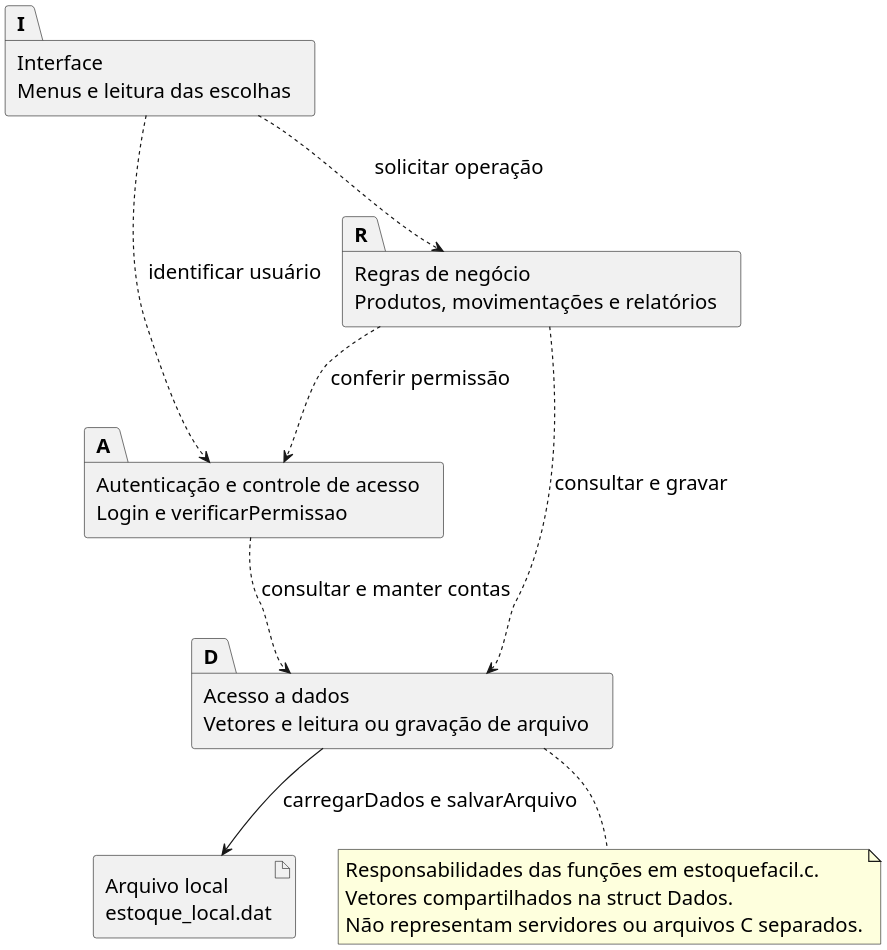
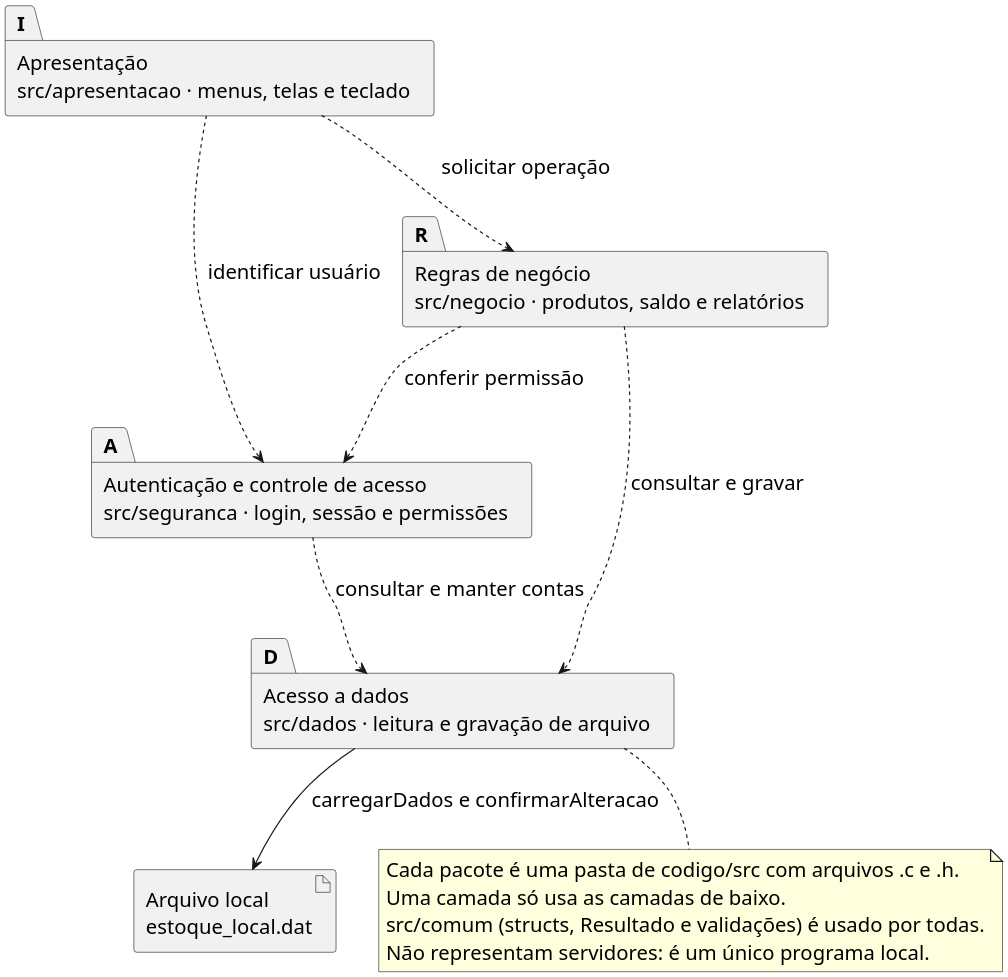
Before and after one commit to Fontesvini/EstoqueFacil_PIM-II: the diagram in diagramas/fontes/06_pacotes.puml, drawn with PlantUML. The commit also changed 15 other files, not shown here.

```diff
--- a/diagramas/fontes/06_pacotes.puml
+++ b/diagramas/fontes/06_pacotes.puml
@@ -1,24 +1,25 @@
 @startuml
 skinparam backgroundColor white
 skinparam shadowing false
 skinparam defaultFontName Arial
 skinparam defaultFontSize 17
 skinparam dpi 220
 top to bottom direction
-package "Interface\nMenus e leitura das escolhas" as I
-package "Autenticação e controle de acesso\nLogin e verificarPermissao" as A
-package "Regras de negócio\nProdutos, movimentações e relatórios" as R
-package "Acesso a dados\nVetores e leitura ou gravação de arquivo" as D
+package "Apresentação\nsrc/apresentacao · menus, telas e teclado" as I
+package "Autenticação e controle de acesso\nsrc/seguranca · login, sessão e permissões" as A
+package "Regras de negócio\nsrc/negocio · produtos, saldo e relatórios" as R
+package "Acesso a dados\nsrc/dados · leitura e gravação de arquivo" as D
 artifact "Arquivo local\nestoque_local.dat" as F
 I ..> A : identificar usuário
 I ..> R : solicitar operação
 R ..> A : conferir permissão
 A ..> D : consultar e manter contas
 R ..> D : consultar e gravar
-D --> F : carregarDados e salvarArquivo
+D --> F : carregarDados e confirmarAlteracao
 note bottom of D
-  Responsabilidades das funções em estoquefacil.c.
-  Vetores compartilhados na struct Dados.
-  Não representam servidores ou arquivos C separados.
+  Cada pacote é uma pasta de codigo/src com arquivos .c e .h.
+  Uma camada só usa as camadas de baixo.
+  src/comum (structs, Resultado e validações) é usado por todas.
+  Não representam servidores: é um único programa local.
 end note
 @enduml
```
